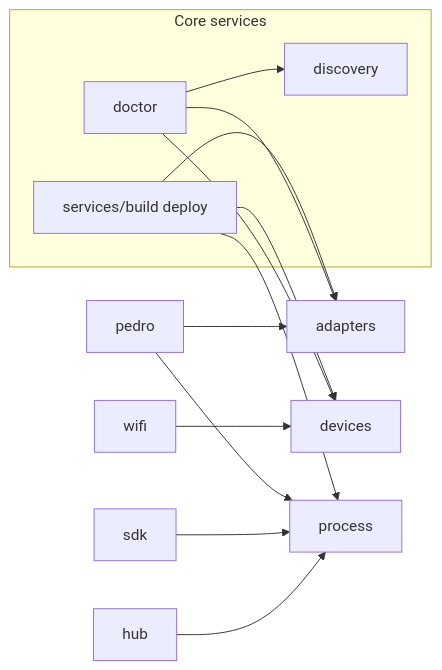
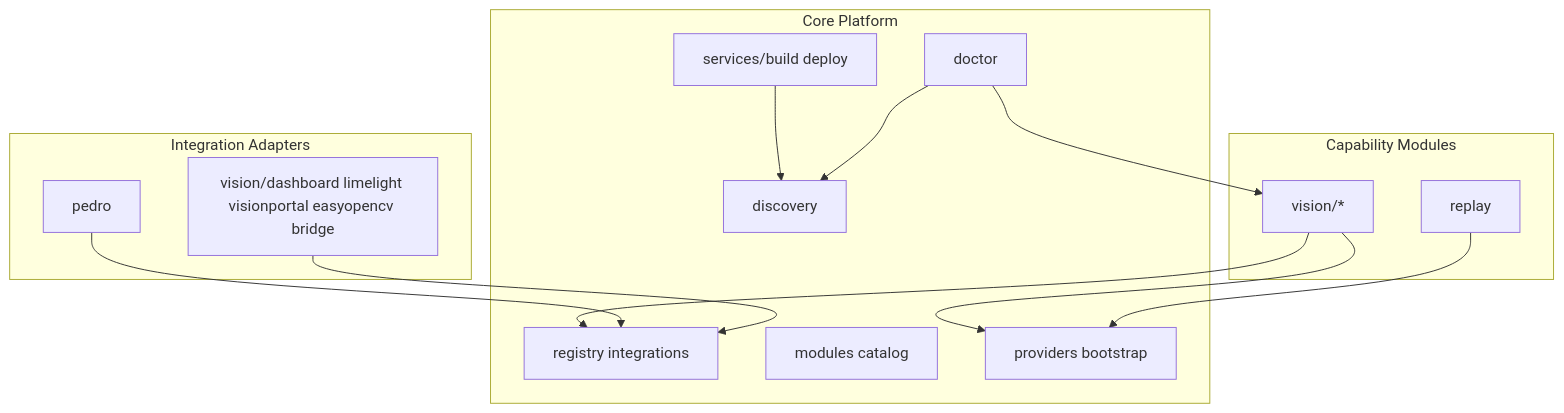
Before and after one commit to The-Allsparks/ftc-dev-tools: the second of 2 diagrams in docs/architecture/repository-inventory.md, drawn with Mermaid. The commit also changed other lines of this file and 2 other files, not shown here.

````diff
--- a/docs/architecture/repository-inventory.md
+++ b/docs/architecture/repository-inventory.md
@@ -172,22 +345,30 @@
 ```mermaid
-graph LR
-  subgraph core [Core services]
+graph TB
+  subgraph core [Core Platform]
     Services[services/build deploy]
     Doctor[doctor]
     Discovery[discovery]
+    Registry[registry integrations]
+    Modules[modules catalog]
+    Providers[providers bootstrap]
   end
-  Adapters[adapters]
-  Devices[devices]
-  Process[process]
-  Services --> Adapters
-  Services --> Devices
-  Services --> Process
+
+  subgraph capability [Capability Modules]
+    Vision[vision/*]
+    Replay[replay]
+  end
+
+  subgraph adapters [Integration Adapters]
+    Pedro[pedro]
+    VisionAdapters[vision/dashboard limelight visionportal easyopencv bridge]
+  end
+
+  Vision --> Providers
+  Vision --> Registry
+  Replay --> Providers
+  Pedro --> Registry
+  VisionAdapters --> Registry
+  Doctor --> Vision
+  Services --> Discovery
   Doctor --> Discovery
-  Doctor --> Adapters
-  Doctor --> Devices
-  Pedro[pedro] --> Adapters
-  Pedro --> Process
-  SDK[sdk] --> Process
-  Wifi[wifi] --> Devices
-  Hub[hub] --> Process
 ```
````
